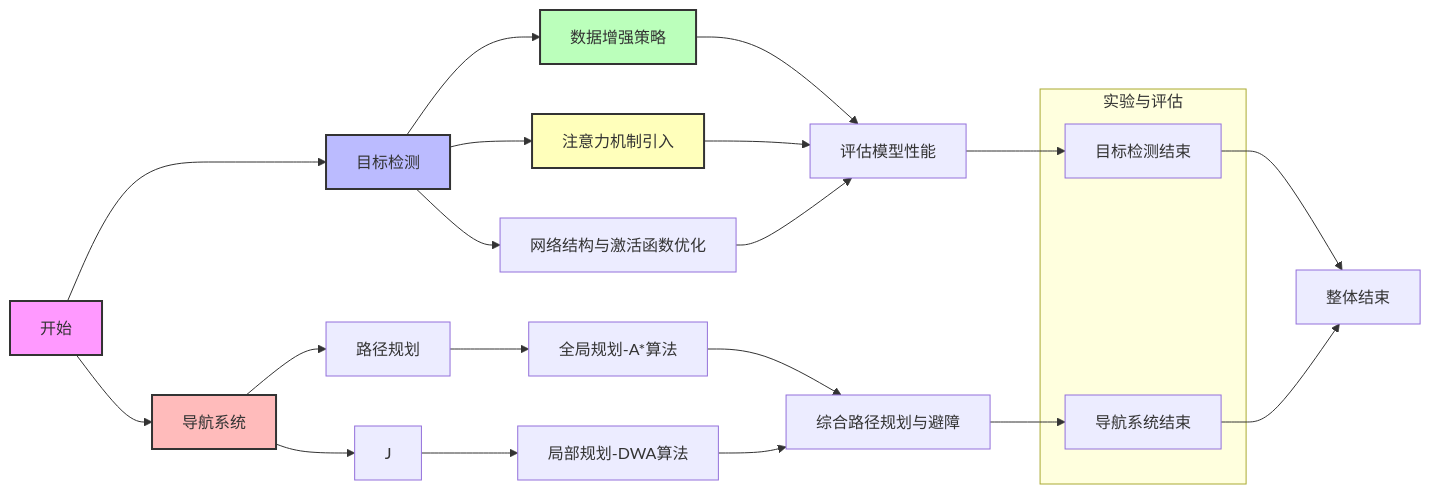
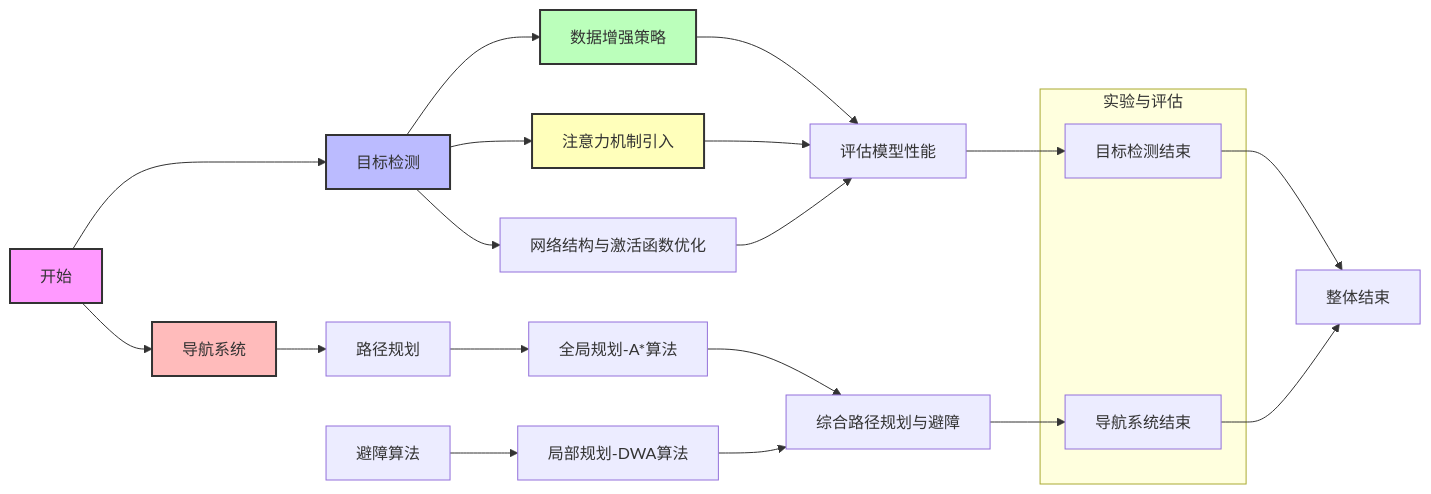
One commit to 1831380633/iodraw-files changed the diagram in all/未命名-1.md. Above: the diagram before and after it, drawn with Mermaid.

Commit message:
2024-12-18 14:57:51 update

````diff
--- a/all/未命名-1.md
+++ b/all/未命名-1.md
@@ -1,36 +1,36 @@
 ```mermaid
 graph LR
     style A fill:#f9f,stroke:#333,stroke-width:2px
     style B fill:#bbf,stroke:#333,stroke-width:2px
     style C fill:#fbb,stroke:#333,stroke-width:2px
     style D fill:#bfb,stroke:#333,stroke-width:2px
     style E fill:#ffb,stroke:#333,stroke-width:2px
 
     A[开始] --> B[目标检测]
     A --> C[导航系统]
     
     B --> D[数据增强策略]
     B --> E[注意力机制引入]
     B --> F[网络结构与激活函数优化]
     D --> G[评估模型性能]
     E --> G
     F --> G
     G --> H[目标检测结束]
     
     C --> I[路径规划]
-    C --> J
+
     I --> K[全局规划-A*算法]
-    J --> L[局部规划-DWA算法]
+    J[避障算法] --> L[局部规划-DWA算法]
     K --> M[综合路径规划与避障]
     L --> M
     M --> N[导航系统结束]
     
     H --> O[整体结束]
     N --> O
 
     subgraph 实验与评估
         H
         N
     end
 
 ```
````
